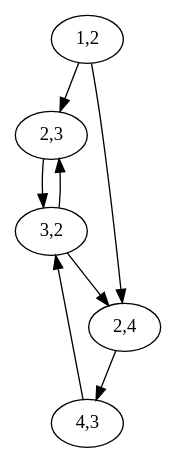
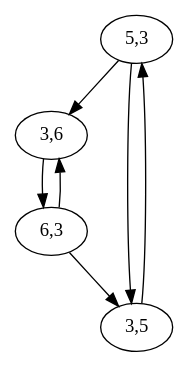
One commit to swastik-bhandari/Matrix-Multiplication-Pair-Counter changed the diagram in matrix_graph.dot. Above: the diagram before and after it, drawn with Graphviz. The commit also changed 5 other files, not shown here.

Commit message:
counter example that proves -  Matrix Chain Multiplication does not guarantee the global minimum multiplication cost , showing how TVMP graph can be useful and gives global optimal min cost

```diff
--- a/matrix_graph.dot
+++ b/matrix_graph.dot
@@ -1,14 +1,12 @@
 digraph MatrixChain {
-"1,2";
-"2,3";
-"3,2";
-"2,4";
-"4,3";
-"1,2" -> "2,3";
-"1,2" -> "2,4";
-"2,3" -> "3,2";
-"3,2" -> "2,4";
-"2,4" -> "4,3";
-"4,3" -> "3,2";
-"3,2" -> "2,3";
+"5,3";
+"3,6";
+"6,3";
+"3,5";
+"5,3" -> "3,6";
+"5,3" -> "3,5";
+"3,6" -> "6,3";
+"6,3" -> "3,5";
+"3,5" -> "5,3";
+"6,3" -> "3,6";
 }
```
